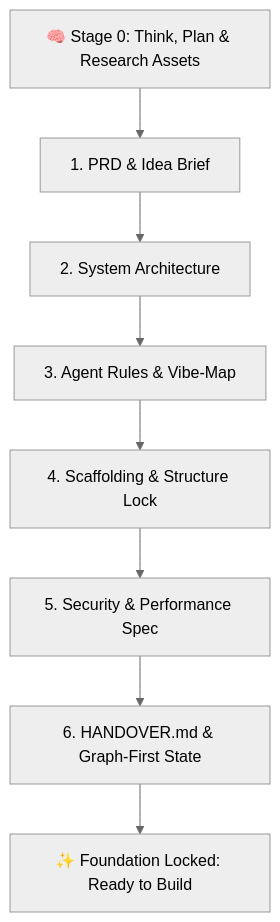
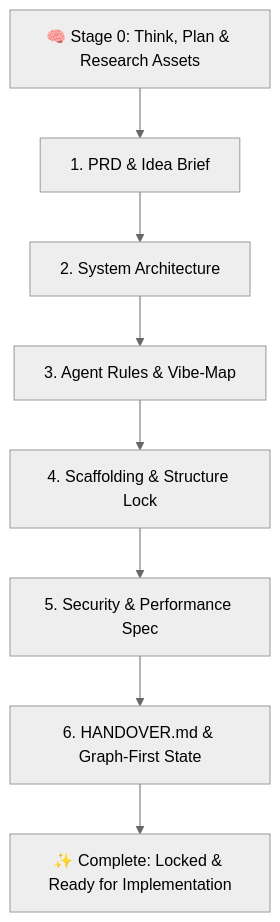
One commit to muchandresh/project-initiator changed the diagram in README.md. Above: the diagram before and after it, drawn with Mermaid (neutral theme). The commit also changed other lines of this file and 3 other files, not shown here.

````diff
--- a/README.md
+++ b/README.md
@@ -19,10 +31,10 @@
 ```mermaid
 flowchart TD
     A[🧠 Stage 0: Think, Plan & Research Assets] --> B[1. PRD & Idea Brief]
     B --> C[2. System Architecture]
     C --> D[3. Agent Rules & Vibe-Map]
     D --> E[4. Scaffolding & Structure Lock]
     E --> F[5. Security & Performance Spec]
     F --> G[6. HANDOVER.md & Graph-First State]
-    G --> H[✨ Foundation Locked: Ready to Build]
+    G --> H[✨ Complete: Locked & Ready for Implementation]
 ```
````
